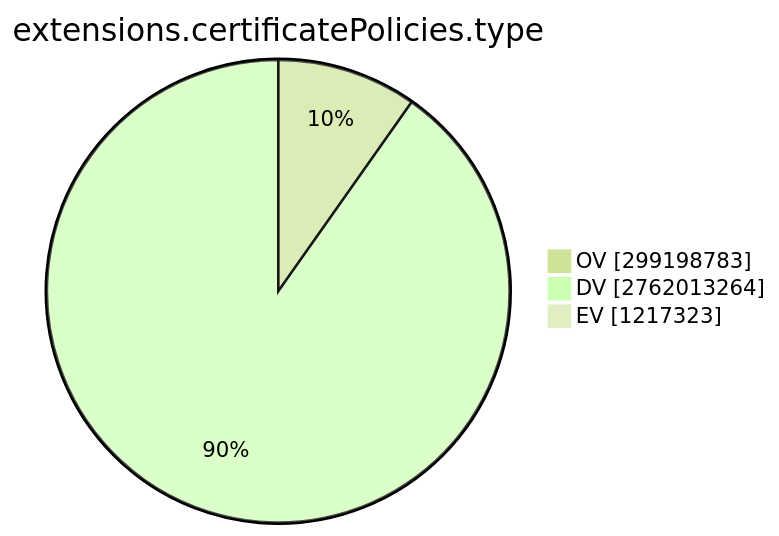
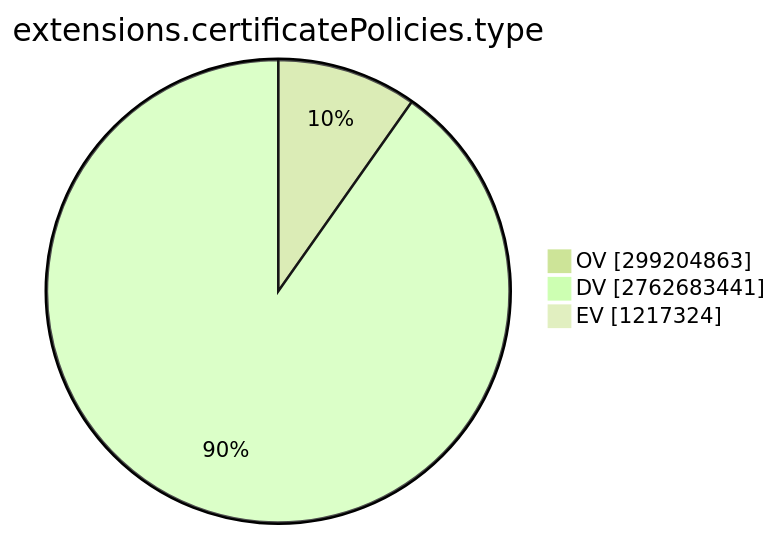
One commit to christiankrug/ctmonitor_visualization changed the ninth of 15 diagrams in TOTAL/README.md. Above: the diagram before and after it, drawn with Mermaid (forest theme). The commit also changed other lines of this file, not shown here.

````diff
--- a/TOTAL/README.md
+++ b/TOTAL/README.md
@@ -3101,7 +3101,7 @@
 ```mermaid
 pie showData
 title extensions.certificatePolicies.type
-"OV" :299198783
-"DV" :2762013264
-"EV" :1217323
+"OV" :299204863
+"DV" :2762683441
+"EV" :1217324
 ```
````
